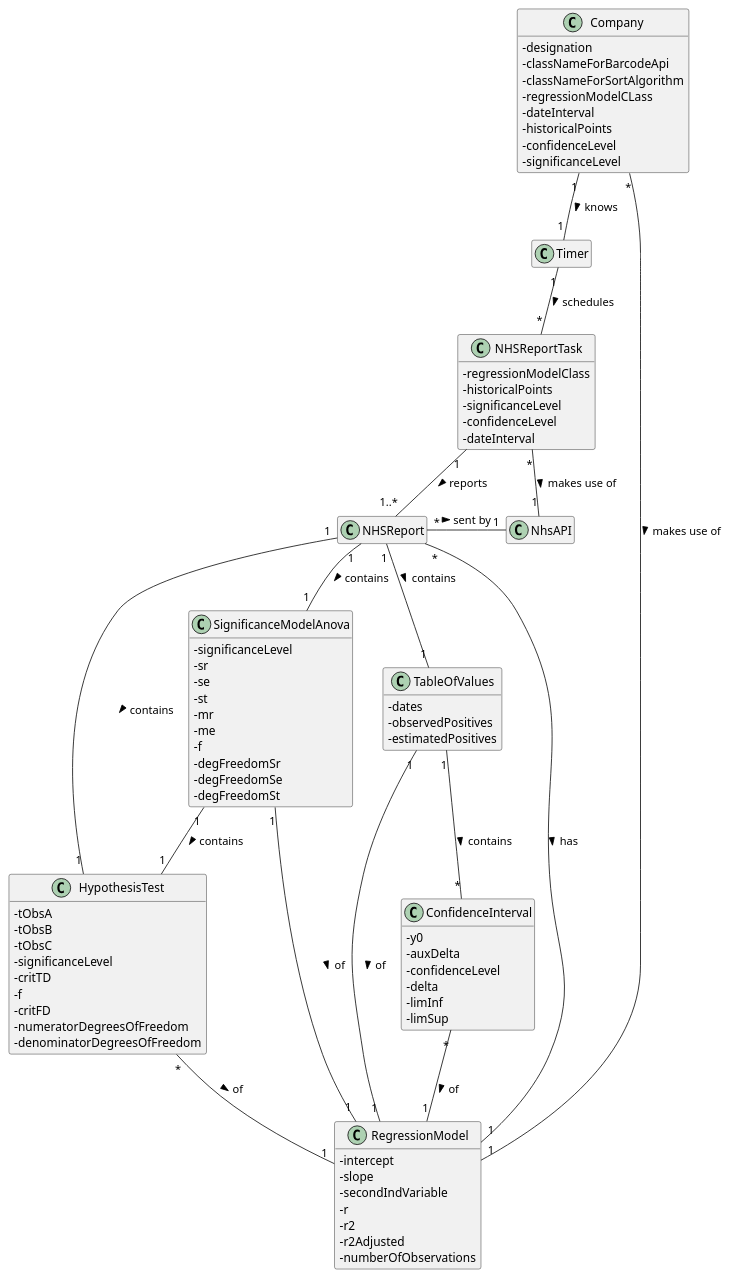
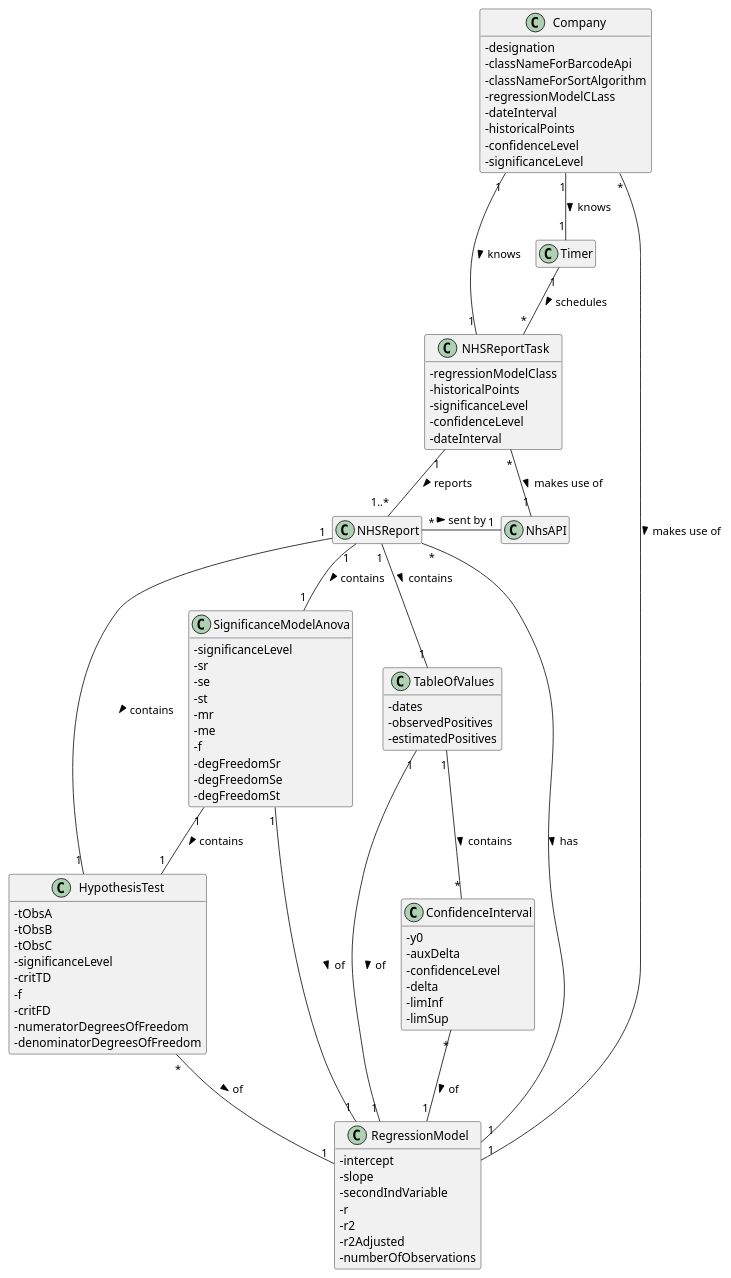
The diagram in docs/SprintD/US_19/US19_DM.puml (ana-albergaria/LAPR2-ISEP), drawn with PlantUML before and after one commit. The commit also changed 2 other files, not shown here.

```diff
--- a/docs/SprintD/US_19/US19_DM.puml
+++ b/docs/SprintD/US_19/US19_DM.puml
@@ -1,141 +1,142 @@
 @startuml
 
 skinparam classAttributeIconSize 0
 hide empty methods
 hide empty attributes
 
 class Company {
 -designation
 -classNameForBarcodeApi
 -classNameForSortAlgorithm
 -regressionModelCLass
 -dateInterval
 -historicalPoints
 -confidenceLevel
 -significanceLevel
 }
 
 class Timer {}
 
 class NhsAPI{}
 
 class NHSReport {}
 
 class RegressionModel {
 -intercept
 -slope
 -secondIndVariable
 -r
 -r2
 -r2Adjusted
 -numberOfObservations
 }
 
 /'class ConfigFile {}'/
 
 'The interval of dates to fit the regression model
 /'class IntervalOfDates {}'/
 
 'Number of days and number of weeks
 /'class NumberOfHistoricalPoints {}'/
 
 'hypothesis tests for regression coefficients
 class HypothesisTest {
 -tObsA
 -tObsB
 -tObsC
 -significanceLevel
 -critTD
 -f
 -critFD
 -numeratorDegreesOfFreedom
 -denominatorDegreesOfFreedom
 }
 
 'significance model with Anova.
 class SignificanceModelAnova {
 -significanceLevel
 -sr
 -se
 -st
 -mr
 -me
 -f
 -degFreedomSr
 -degFreedomSe
 -degFreedomSt
 }
 
 class TableOfValues {
 -dates
 -observedPositives
 -estimatedPositives
 }
 
 class ConfidenceInterval {
 -y0
 -auxDelta
 -confidenceLevel
 -delta
 -limInf
 -limSup
 }
 
 class NHSReportTask {
 -regressionModelClass
 -historicalPoints
 -significanceLevel
 -confidenceLevel
 -dateInterval
 }
 
 NHSReportTask "1" -- "1..*" NHSReport : reports >
 Company "1" -- "1" Timer : knows >
+Company "1" -- "1" NHSReportTask : knows >
 /'Company "*" - "1" NhsAPI : makes use of >'/
 NHSReportTask "*" - "1" NhsAPI : makes use of >
 NHSReport "*" - "1" NhsAPI : sent by >
 NHSReport "*" -- "1" RegressionModel : has >
 NHSReport "1" -- "1" HypothesisTest : contains >
 NHSReport "1" -- "1" SignificanceModelAnova : contains >
 Company "*" -- "1" RegressionModel : makes use of >
 HypothesisTest "*" -- "1" RegressionModel : of >
 SignificanceModelAnova "1" -- "1" RegressionModel : of >
 SignificanceModelAnova "1" -- "1" HypothesisTest : contains >
 NHSReport "1" -- "1" TableOfValues : contains >
 TableOfValues "1" -- "1" RegressionModel : of >
 TableOfValues "1" -- "*" ConfidenceInterval : contains >
 ConfidenceInterval "*" -- "1" RegressionModel : of >
 Timer "1" -- "*" NHSReportTask : schedules >
 /'NHSReportTask "1" -- "1" RegressionModel : makes use of >'/
 /'NHSReportTask "*" -- "1" RegressionModel : makes use of >'/
 
 
 'ANTIGO
 /'NHSReportTask "1" -- "1..*" NHSReport : reports >
 Company "1" -- "1" Timer : knows >
 Company "*" - "1" NhsAPI : makes use of >'/
 /'NHSReportTask "*" -- "1" NhsAPI : makes use of >'/
 /'NHSReport "*" -- "1" NhsAPI : sent by >
 NHSReport "*" -- "1" RegressionModel : has >
 NHSReport "1" -- "1" HypothesisTest : contains >
 NHSReport "1" -- "1" SignificanceModelAnova : contains >
 Company "*" -- "1" RegressionModel : makes use of >
 HypothesisTest "*" -- "1" RegressionModel : of >
 SignificanceModelAnova "1" -- "1" RegressionModel : of >
 SignificanceModelAnova "1" -- "1" HypothesisTest : contains >
 NHSReport "1" -- "1" TableOfValues : contains >
 TableOfValues "1" -- "1" RegressionModel : of >
 TableOfValues "1" -- "*" ConfidenceInterval : contains >
 ConfidenceInterval "*" -- "1" RegressionModel : of >
 Timer "1" - "*" NHSReportTask : schedules >
 NHSReportTask "1" -- "1" RegressionModel : makes use of >'/
 /'NHSReportTask "*" -- "1" RegressionModel : makes use of >'/
 
 'Apagar posteriormente
 /'RegressionModel "1" -- "1" ConfigFile : defined by >
 IntervalOfDates "1" -- "1" ConfigFile : defined by >
 NumberOfHistoricalPoints "1" -- "1" ConfigFile : defined by >'/
 
 
 
 @enduml
```
